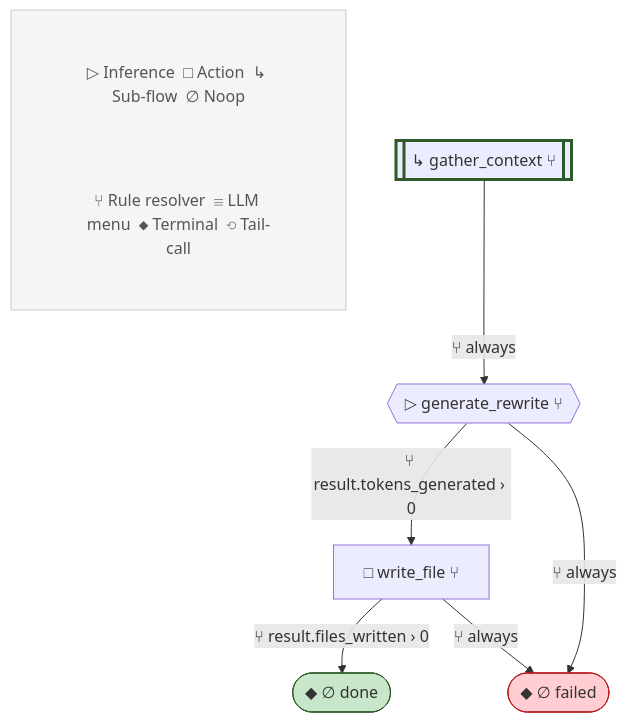
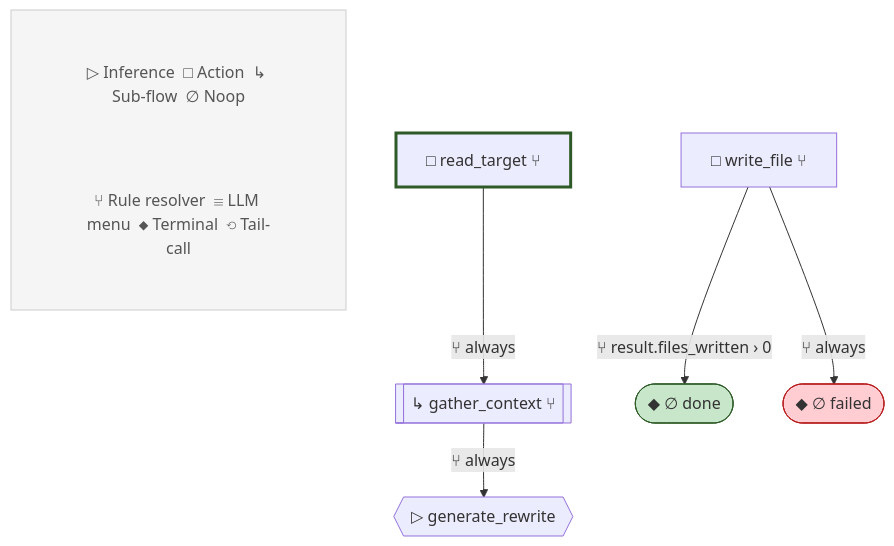
Before and after one commit to lah-rb/ouroboros: diagram 14 of 40 in blueprint.md, drawn with Mermaid. The commit also changed other lines of this file and 2 other files, not shown here.

````diff
--- a/blueprint.md
+++ b/blueprint.md
@@ -1097,29 +1312,29 @@
 ```mermaid
 flowchart TD
     %% rewrite v2
 
     subgraph Legend[" "]
         L1["▷ Inference  □ Action  ↳ Sub-flow  ∅ Noop"]
         L2["⑂ Rule resolver  ☰ LLM menu  ◆ Terminal  ⟲ Tail-call"]
     end
     style Legend fill:#f5f5f5,stroke:#ccc,stroke-width:1px
     style L1 fill:#f5f5f5,stroke:none,color:#555
     style L2 fill:#f5f5f5,stroke:none,color:#555
 
+    read_target["□ read_target ⑂"]
     gather_context[["↳ gather_context ⑂"]]
-    generate_rewrite{{"▷ generate_rewrite ⑂"}}
+    generate_rewrite{{"▷ generate_rewrite"}}
     write_file["□ write_file ⑂"]
     done(["◆ ∅ done"])
     failed(["◆ ∅ failed"])
 
-    style gather_context stroke-width:3px,stroke:#2d5a27
+    style read_target stroke-width:3px,stroke:#2d5a27
 
+    read_target -->|⑂ always| gather_context
     gather_context -->|⑂ always| generate_rewrite
-    generate_rewrite -->|⑂ result.tokens_generated › 0| write_file
-    generate_rewrite -->|⑂ always| failed
     write_file -->|⑂ result.files_written › 0| done
     write_file -->|⑂ always| failed
 
     style done fill:#c8e6c9,stroke:#2d5a27
     style failed fill:#ffcdd2,stroke:#b71c1c
 ```
````
